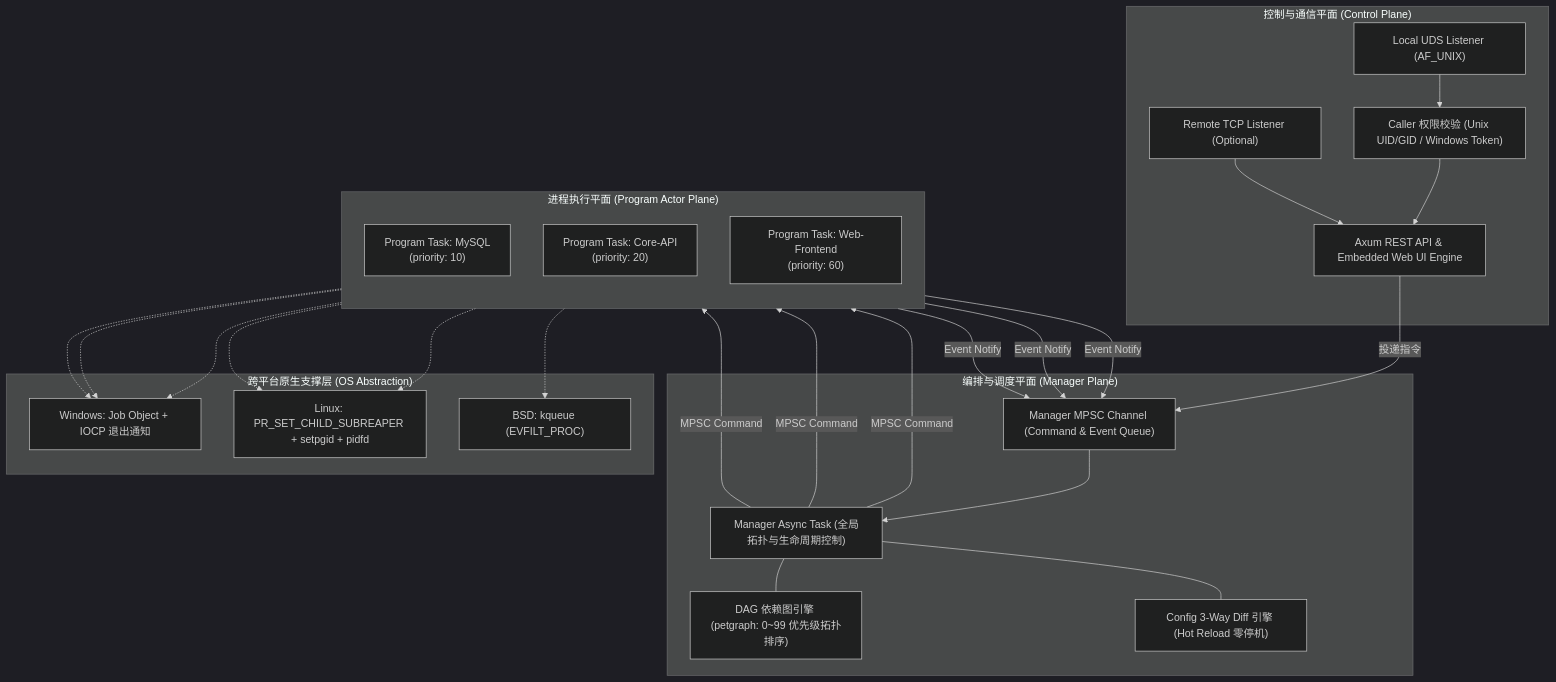
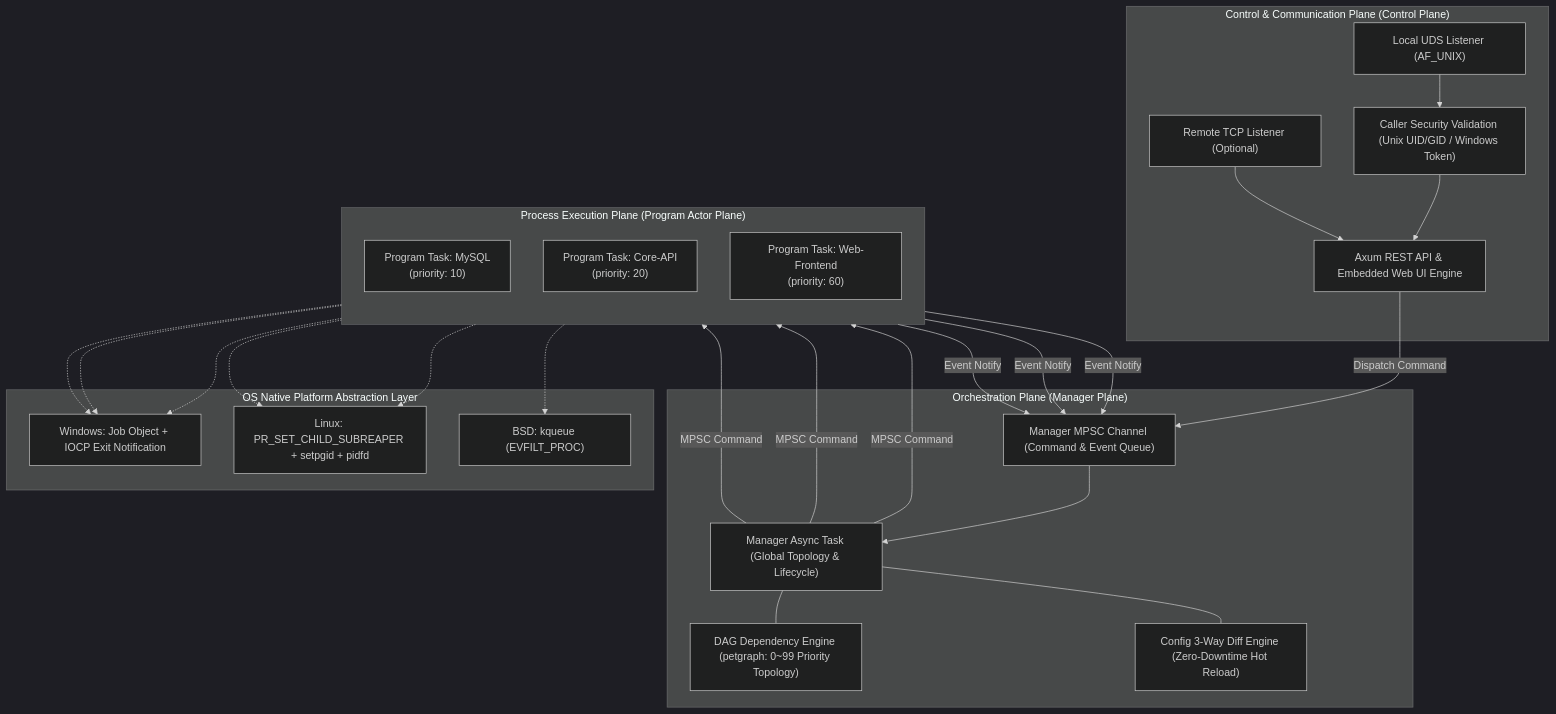
One commit to spritetong/rsupervisord changed the first of 7 diagrams in docs/DESIGN.md. Above: the diagram before and after it, drawn with Mermaid (dark theme). The commit also changed other lines of this file and 21 other files, not shown here.

First line of the commit message:
feat: optimize performance with zero-polling engine and update English documentation

````diff
--- a/docs/DESIGN.md
+++ b/docs/DESIGN.md
@@ -29,46 +29,46 @@
 ```mermaid
 flowchart TD
-    subgraph ControlPlane ["控制与通信平面 (Control Plane)"]
+    subgraph ControlPlane ["Control & Communication Plane (Control Plane)"]
         UDS["Local UDS Listener (AF_UNIX)"]
         TCP["Remote TCP Listener (Optional)"]
         Router["Axum REST API & Embedded Web UI Engine"]
-        PeerSecurity["Caller 权限校验 (Unix UID/GID / Windows Token)"]
+        PeerSecurity["Caller Security Validation (Unix UID/GID / Windows Token)"]
         UDS --> PeerSecurity --> Router
         TCP --> Router
     end
 
-    subgraph ManagerPlane ["编排与调度平面 (Manager Plane)"]
-        ManagerTask["Manager Async Task (全局拓扑与生命周期控制)"]
-        DAG["DAG 依赖图引擎 (petgraph: 0~99 优先级拓扑排序)"]
-        DiffEngine["Config 3-Way Diff 引擎 (Hot Reload 零停机)"]
+    subgraph ManagerPlane ["Orchestration Plane (Manager Plane)"]
+        ManagerTask["Manager Async Task (Global Topology & Lifecycle)"]
+        DAG["DAG Dependency Engine (petgraph: 0~99 Priority Topology)"]
+        DiffEngine["Config 3-Way Diff Engine (Zero-Downtime Hot Reload)"]
         ManagerInbox["Manager MPSC Channel (Command & Event Queue)"]
         ManagerTask --- DAG
         ManagerTask --- DiffEngine
-        Router -->|投递指令| ManagerInbox --> ManagerTask
+        Router -->|Dispatch Command| ManagerInbox --> ManagerTask
     end
 
-    subgraph ProgramPlane ["进程执行平面 (Program Actor Plane)"]
+    subgraph ProgramPlane ["Process Execution Plane (Program Actor Plane)"]
         direction TB
         ProgramA["Program Task: MySQL\n(priority: 10)"]
         ProgramB["Program Task: Core-API\n(priority: 20)"]
         ProgramC["Program Task: Web-Frontend\n(priority: 60)"]
         
         ManagerTask -->|MPSC Command| ProgramA
         ManagerTask -->|MPSC Command| ProgramB
         ManagerTask -->|MPSC Command| ProgramC
         
         ProgramA -->|Event Notify| ManagerInbox
         ProgramB -->|Event Notify| ManagerInbox
         ProgramC -->|Event Notify| ManagerInbox
     end
 
-    subgraph OSPlatform ["跨平台原生支撑层 (OS Abstraction)"]
-        WinJob["Windows: Job Object + IOCP 退出通知"]
+    subgraph OSPlatform ["OS Native Platform Abstraction Layer"]
+        WinJob["Windows: Job Object + IOCP Exit Notification"]
         PosixSubreaper["Linux: PR_SET_CHILD_SUBREAPER + setpgid + pidfd"]
         PosixBsd["BSD: kqueue (EVFILT_PROC)"]
     end
 
     ProgramA -.-> WinJob & PosixSubreaper
     ProgramB -.-> WinJob & PosixSubreaper
     ProgramC -.-> WinJob & PosixBsd
 ```
````
